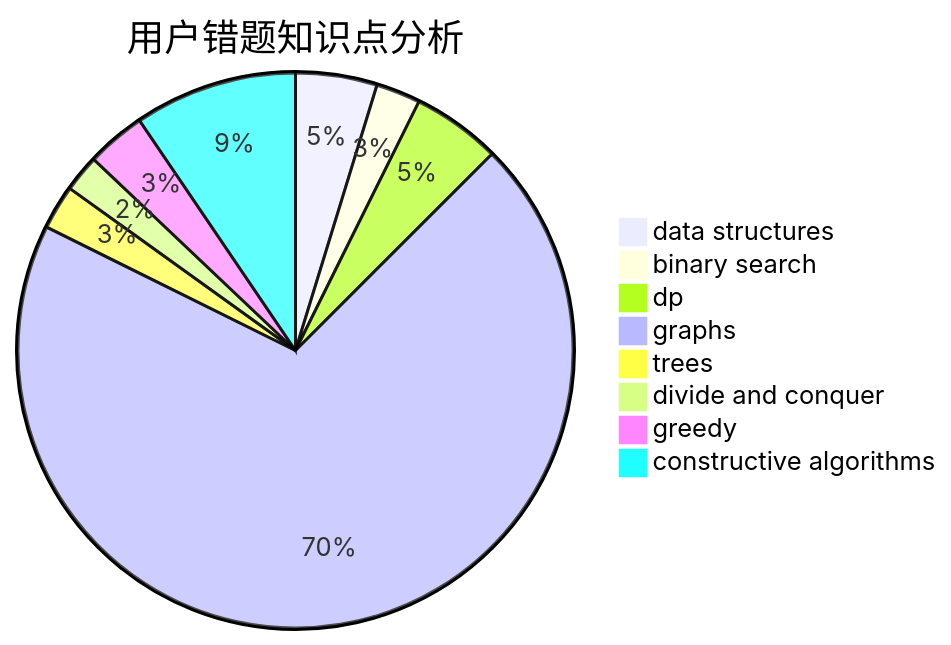
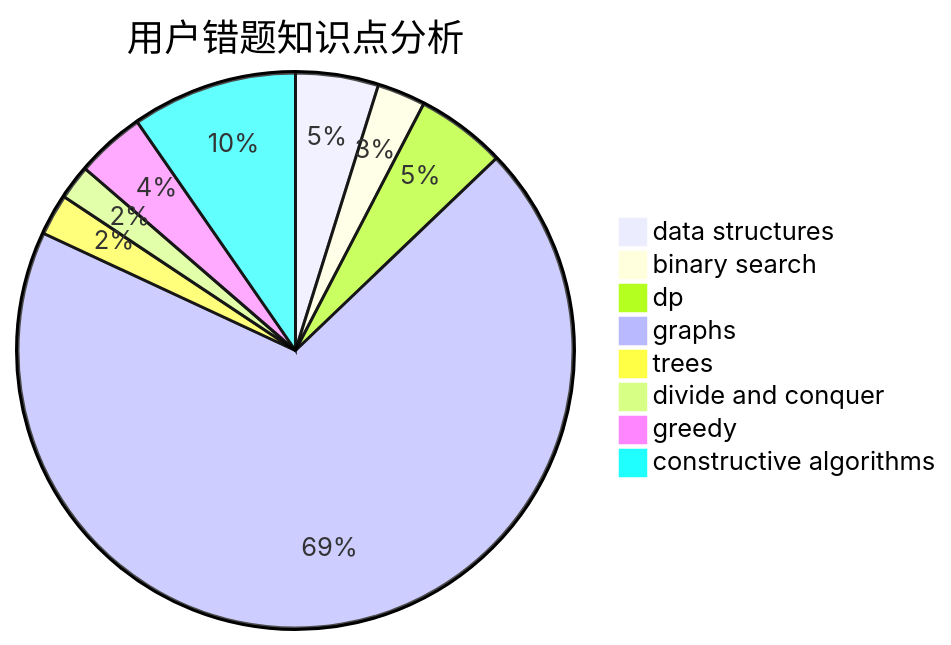
The third of 3 diagrams in docs/user/u2151.md (sherpahu/cfrs.github.io), drawn with Mermaid before and after one commit. The commit also changed other lines of this file and 2770 other files, not shown here.

````diff
--- a/docs/user/u2151.md
+++ b/docs/user/u2151.md
@@ -36,11 +36,11 @@
 ```mermaid
 pie title 用户错题知识点分析
-    "data structures" :  11
-    "binary search" :  6
-    "dp" :  12
-    "graphs" :  162
+    "data structures" :  12
+    "binary search" :  7
+    "dp" :  13
+    "graphs" :  172
     "trees" :  6
     "divide and conquer" :  5
-    "greedy" :  8
-    "constructive algorithms" :  22
+    "greedy" :  10
+    "constructive algorithms" :  24
 ```
````
